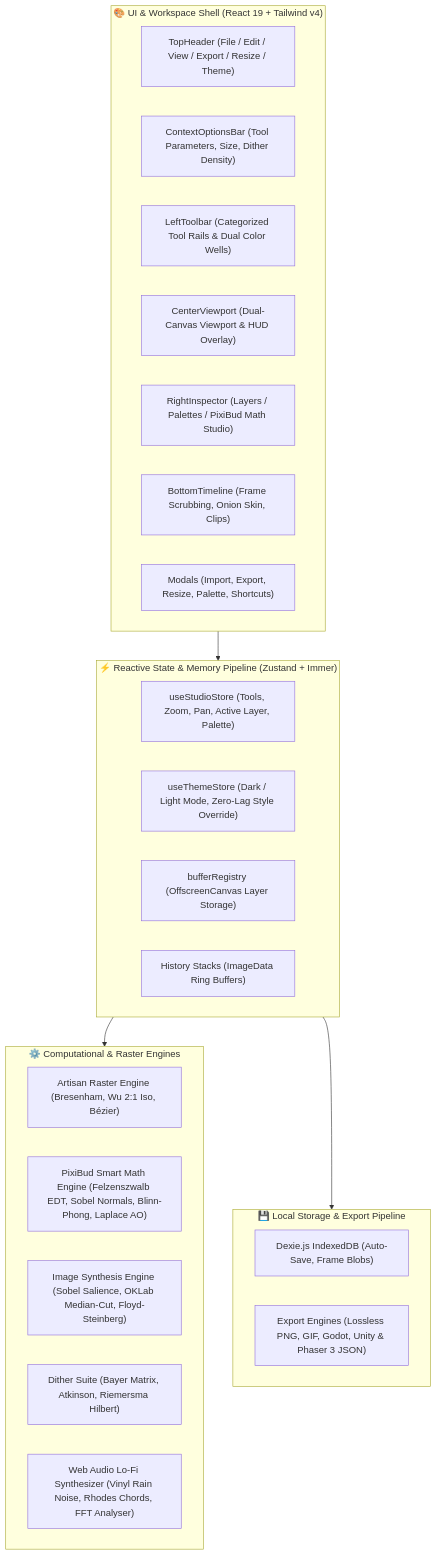
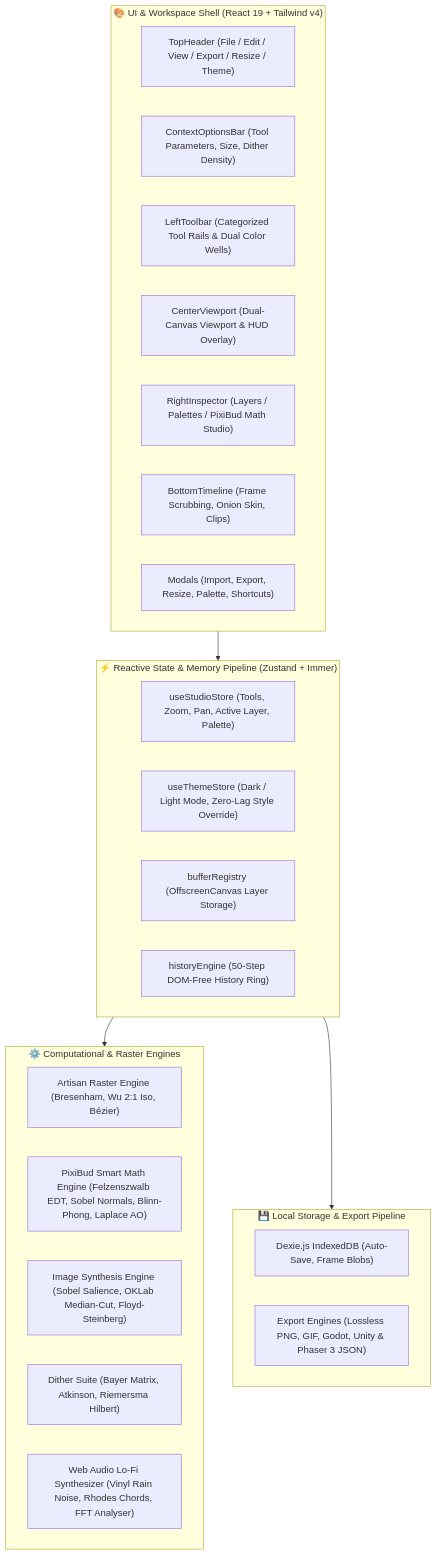
Before and after one commit to lxcario/PixiBun: the first of 6 diagrams in ARCHITECTURE.md, drawn with Mermaid. The commit also changed other lines of this file and 22 other files, not shown here.

Commit message:
feat(quality): assertion-backed E2E, DOM-free HistoryEngine, unified CI and private LHCI (Phase 23)

````diff
--- a/ARCHITECTURE.md
+++ b/ARCHITECTURE.md
@@ -17,36 +17,36 @@
 ```mermaid
 graph TD
     subgraph UI_Layer ["🎨 UI & Workspace Shell (React 19 + Tailwind v4)"]
         TopNav["TopHeader (File / Edit / View / Export / Resize / Theme)"]
         OptionStrip["ContextOptionsBar (Tool Parameters, Size, Dither Density)"]
         LeftRail["LeftToolbar (Categorized Tool Rails & Dual Color Wells)"]
         ViewportShell["CenterViewport (Dual-Canvas Viewport & HUD Overlay)"]
         RightStudio["RightInspector (Layers / Palettes / PixiBud Math Studio)"]
         TimelineDock["BottomTimeline (Frame Scrubbing, Onion Skin, Clips)"]
         Modals["Modals (Import, Export, Resize, Palette, Shortcuts)"]
     end
 
     subgraph State_Layer ["⚡ Reactive State & Memory Pipeline (Zustand + Immer)"]
         Store["useStudioStore (Tools, Zoom, Pan, Active Layer, Palette)"]
         Theme["useThemeStore (Dark / Light Mode, Zero-Lag Style Override)"]
         BufferReg["bufferRegistry (OffscreenCanvas Layer Storage)"]
-        UndoRedo["History Stacks (ImageData Ring Buffers)"]
+        UndoRedo["historyEngine (50-Step DOM-Free History Ring)"]
     end
 
     subgraph Core_Engines ["⚙️ Computational & Raster Engines"]
         RasterCore["Artisan Raster Engine (Bresenham, Wu 2:1 Iso, Bézier)"]
         MathCore["PixiBud Smart Math Engine (Felzenszwalb EDT, Sobel Normals, Blinn-Phong, Laplace AO)"]
         PixelizeCore["Image Synthesis Engine (Sobel Salience, OKLab Median-Cut, Floyd-Steinberg)"]
         DitherCore["Dither Suite (Bayer Matrix, Atkinson, Riemersma Hilbert)"]
         AudioCore["Web Audio Lo-Fi Synthesizer (Vinyl Rain Noise, Rhodes Chords, FFT Analyser)"]
     end
 
     subgraph Storage_Layer ["💾 Local Storage & Export Pipeline"]
         DexieDB["Dexie.js IndexedDB (Auto-Save, Frame Blobs)"]
         Exporter["Export Engines (Lossless PNG, GIF, Godot, Unity & Phaser 3 JSON)"]
     end
 
     UI_Layer --> State_Layer
     State_Layer --> Core_Engines
     State_Layer --> Storage_Layer
 ```
````
